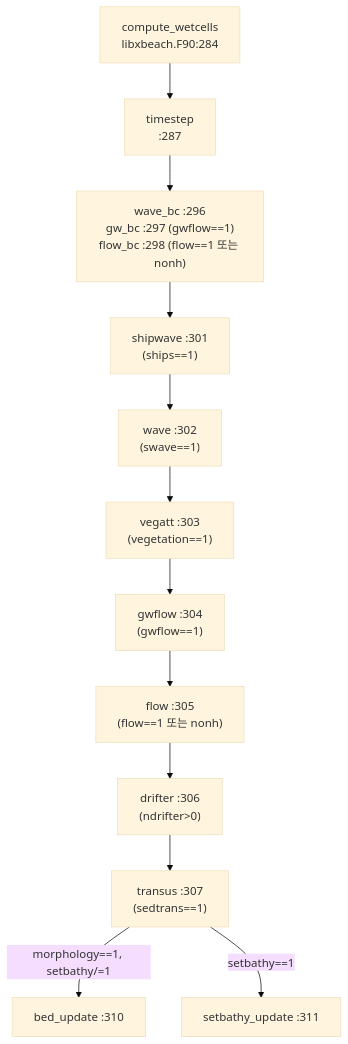
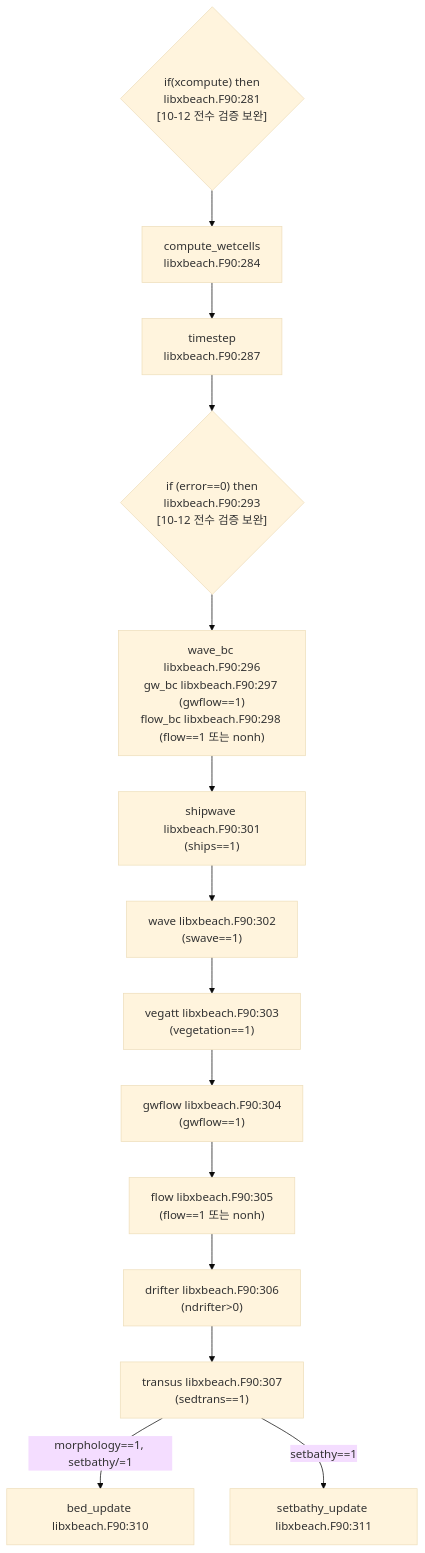
The diagram in models/XBeach/source-analysis/xbeach-coupled-physics-contracts.md (firesinger82/coastal-wiki), drawn with Mermaid (base theme) before and after one commit. The commit also changed other lines of this file and 119 other files, not shown here.

````diff
--- a/models/XBeach/source-analysis/xbeach-coupled-physics-contracts.md
+++ b/models/XBeach/source-analysis/xbeach-coupled-physics-contracts.md
@@ -18,14 +19,23 @@
 ```mermaid
 flowchart TD
-  W["compute_wetcells<br/>libxbeach.F90:284"] --> T["timestep<br/>:287"]
-  T --> BC["wave_bc :296<br/>gw_bc :297 (gwflow==1)<br/>flow_bc :298 (flow==1 또는 nonh)"]
-  BC --> SH["shipwave :301<br/>(ships==1)"]
-  SH --> WV["wave :302<br/>(swave==1)"]
-  WV --> VG["vegatt :303<br/>(vegetation==1)"]
-  VG --> GW["gwflow :304<br/>(gwflow==1)"]
-  GW --> FL["flow :305<br/>(flow==1 또는 nonh)"]
-  FL --> DR["drifter :306<br/>(ndrifter>0)"]
-  DR --> TR["transus :307<br/>(sedtrans==1)"]
-  TR -->|"morphology==1, setbathy/=1"| BU["bed_update :310"]
-  TR -->|"setbathy==1"| SB["setbathy_update :311"]
+  X{"if(xcompute) then<br/>libxbeach.F90:281<br/>[10-12 전수 검증 보완]"} --> W["compute_wetcells<br/>libxbeach.F90:284"] --> T["timestep<br/>libxbeach.F90:287"]
+  T --> OK{"if (error==0) then<br/>libxbeach.F90:293<br/>[10-12 전수 검증 보완]"} --> BC["wave_bc libxbeach.F90:296<br/>gw_bc libxbeach.F90:297 (gwflow==1)<br/>flow_bc libxbeach.F90:298 (flow==1 또는 nonh)"]
+  BC --> SH["shipwave libxbeach.F90:301<br/>(ships==1)"]
+  %% 파일 위치를 명시했다. [10-12 전수 검증 보완]
+  SH --> WV["wave libxbeach.F90:302<br/>(swave==1)"]
+  %% 파일 위치를 명시했다. [10-12 전수 검증 보완]
+  WV --> VG["vegatt libxbeach.F90:303<br/>(vegetation==1)"]
+  %% 파일 위치를 명시했다. [10-12 전수 검증 보완]
+  VG --> GW["gwflow libxbeach.F90:304<br/>(gwflow==1)"]
+  %% 파일 위치를 명시했다. [10-12 전수 검증 보완]
+  GW --> FL["flow libxbeach.F90:305<br/>(flow==1 또는 nonh)"]
+  %% 파일 위치를 명시했다. [10-12 전수 검증 보완]
+  FL --> DR["drifter libxbeach.F90:306<br/>(ndrifter>0)"]
+  %% 파일 위치를 명시했다. [10-12 전수 검증 보완]
+  DR --> TR["transus libxbeach.F90:307<br/>(sedtrans==1)"]
+  %% 파일 위치를 명시했다. [10-12 전수 검증 보완]
+  TR -->|"morphology==1, setbathy/=1"| BU["bed_update libxbeach.F90:310"]
+  %% 파일 위치를 명시했다. [10-12 전수 검증 보완]
+  TR -->|"setbathy==1"| SB["setbathy_update libxbeach.F90:311"]
+  %% 파일 위치를 명시했다. [10-12 전수 검증 보완]
 ```
````
